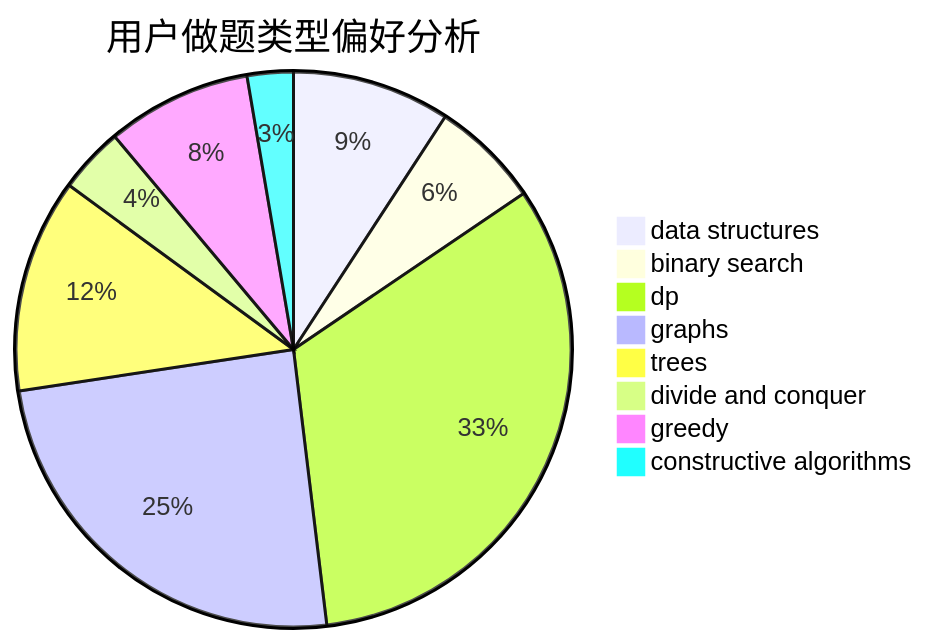
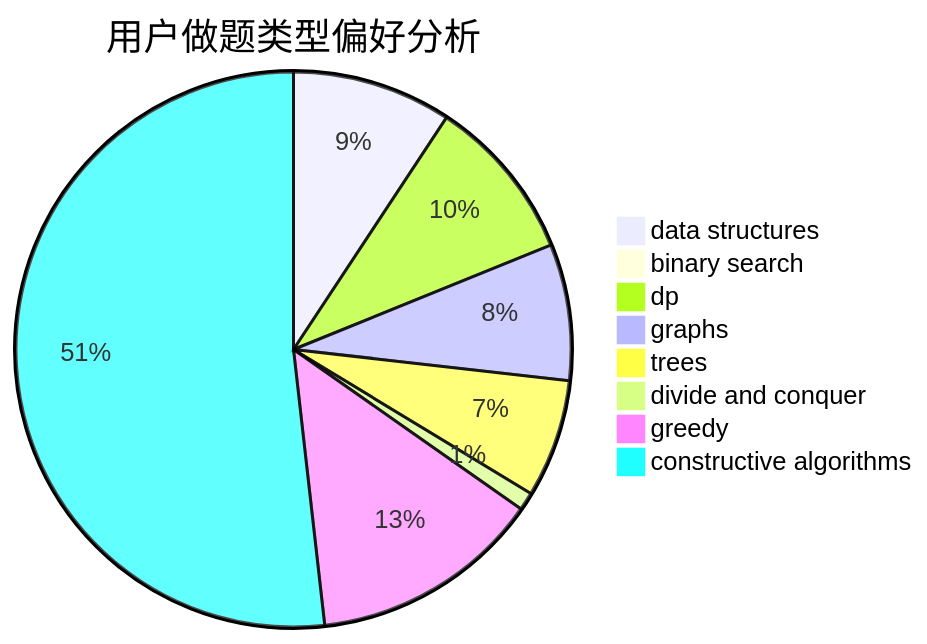
One commit to sherpahu/cfrs.github.io changed the second of 3 diagrams in docs/user/u1172.md. Above: the diagram before and after it, drawn with Mermaid. The commit also changed other lines of this file and 2770 other files, not shown here.

````diff
--- a/docs/user/u1172.md
+++ b/docs/user/u1172.md
@@ -23,11 +23,11 @@
 ```mermaid
 pie title 用户做题类型偏好分析
-    "data structures" :  48
-    "binary search" :  33
-    "dp" :  170
-    "graphs" :  128
-    "trees" :  65
-    "divide and conquer" :  20
-    "greedy" :  44
-    "constructive algorithms" :  14
+    "data structures" :  62
+    "binary search" :  4
+    "dp" :  64
+    "graphs" :  53
+    "trees" :  46
+    "divide and conquer" :  7
+    "greedy" :  90
+    "constructive algorithms" :  346
 ```
````
